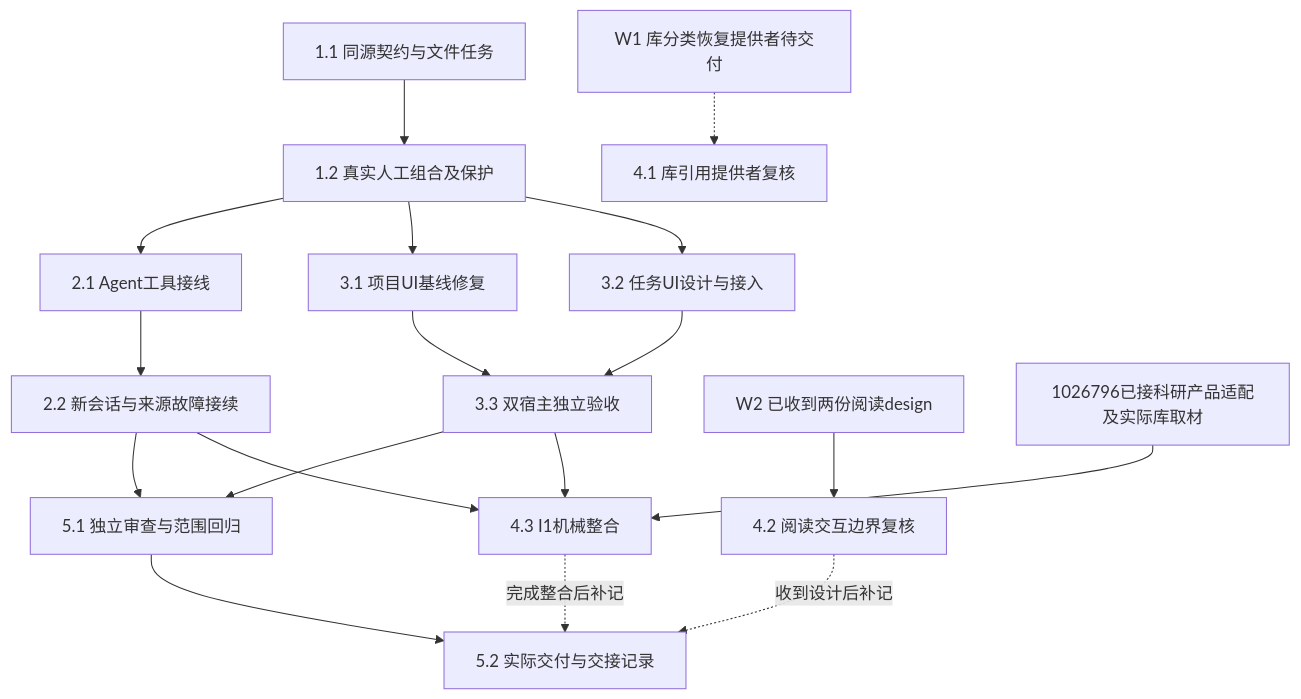
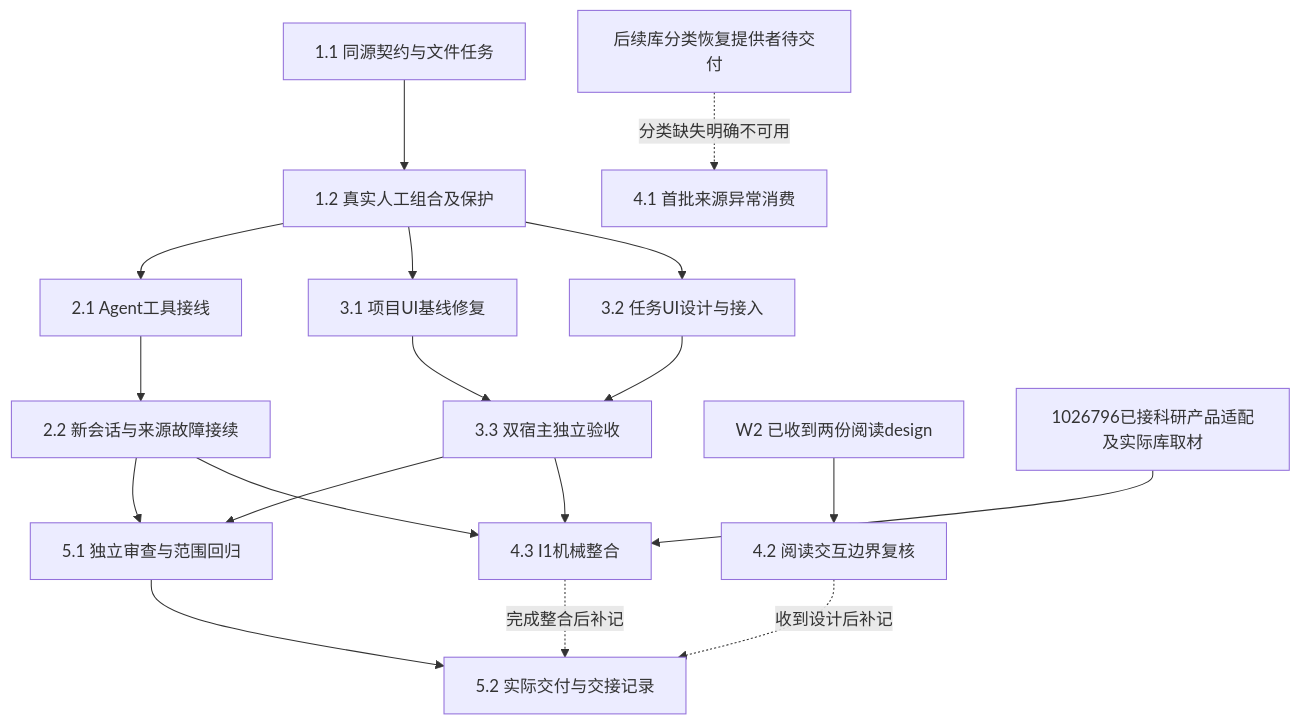
Before and after one commit to leike0813/Scholoom: the diagram in openspec/changes/establish-file-backed-research-tasks/tasks.md, drawn with Mermaid. The commit also changed other lines of this file and 4 other files, not shown here.

````diff
--- a/openspec/changes/establish-file-backed-research-tasks/tasks.md
+++ b/openspec/changes/establish-file-backed-research-tasks/tasks.md
@@ -9,20 +13,20 @@
 ```mermaid
 flowchart TD
   A[1.1 同源契约与文件任务] --> B[1.2 真实人工组合及保护]
   B --> C[2.1 Agent工具接线]
   C --> D[2.2 新会话与来源故障接续]
   B --> E[3.1 项目UI基线修复]
   B --> F[3.2 任务UI设计与接入]
   E --> G[3.3 双宿主独立验收]
   F --> G
   D --> H[5.1 独立审查与范围回归]
   G --> H
-  W1[W1 库分类恢复提供者待交付] -.-> I[4.1 库引用提供者复核]
+  W1[后续库分类恢复提供者待交付] -. 分类缺失明确不可用 .-> I[4.1 首批来源异常消费]
   W2[W2 已收到两份阅读design] --> J[4.2 阅读交互边界复核]
   W3[1026796已接科研产品适配及实际库取材] --> K[4.3 I1机械整合]
   D --> K
   G --> K
   H --> L[5.2 实际交付与交接记录]
   J -. 收到设计后补记 .-> L
   K -. 完成整合后补记 .-> L
 ```
````
